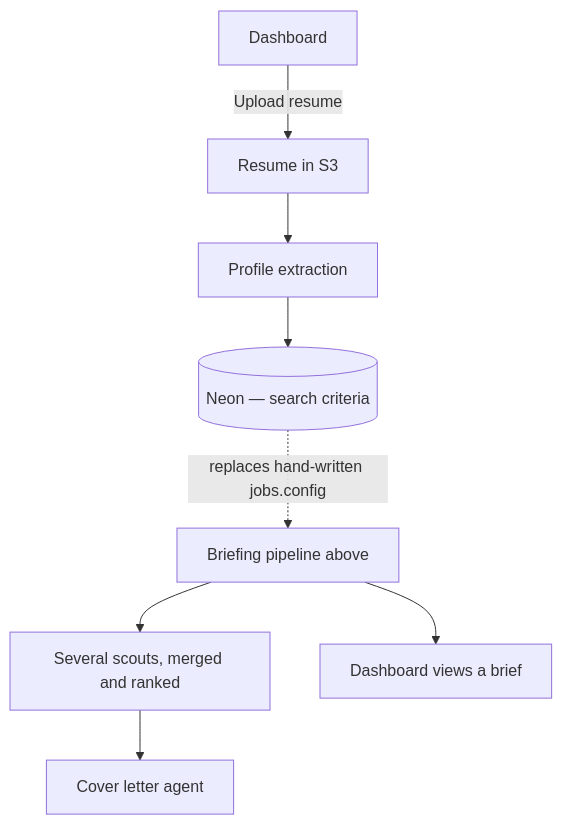
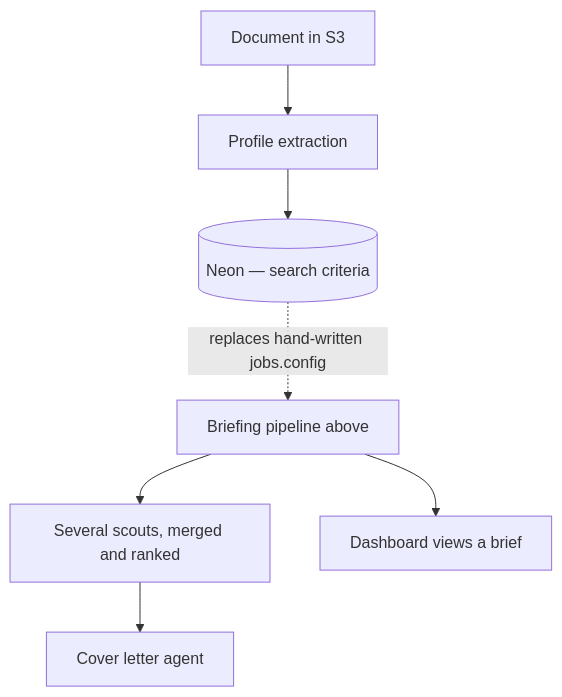
One commit to sunnyeyles/control-panel changed the second of 2 diagrams in OVERVIEW.md. Above: the diagram before and after it, drawn with Mermaid. The commit also changed other lines of this file and 38 other files, not shown here.

````diff
--- a/OVERVIEW.md
+++ b/OVERVIEW.md
@@ -69,10 +69,9 @@
 ```mermaid
 flowchart TD
-    A[Dashboard] -->|Upload resume| B[Resume in S3]
-    B --> C[Profile extraction]
+    B[Document in S3] --> C[Profile extraction]
     C --> D[(Neon — search criteria)]
     D -.->|replaces hand-written jobs.config| P[Briefing pipeline above]
     P --> M[Several scouts, merged and ranked]
     M --> N[Cover letter agent]
     P --> Q[Dashboard views a brief]
 ```
````
